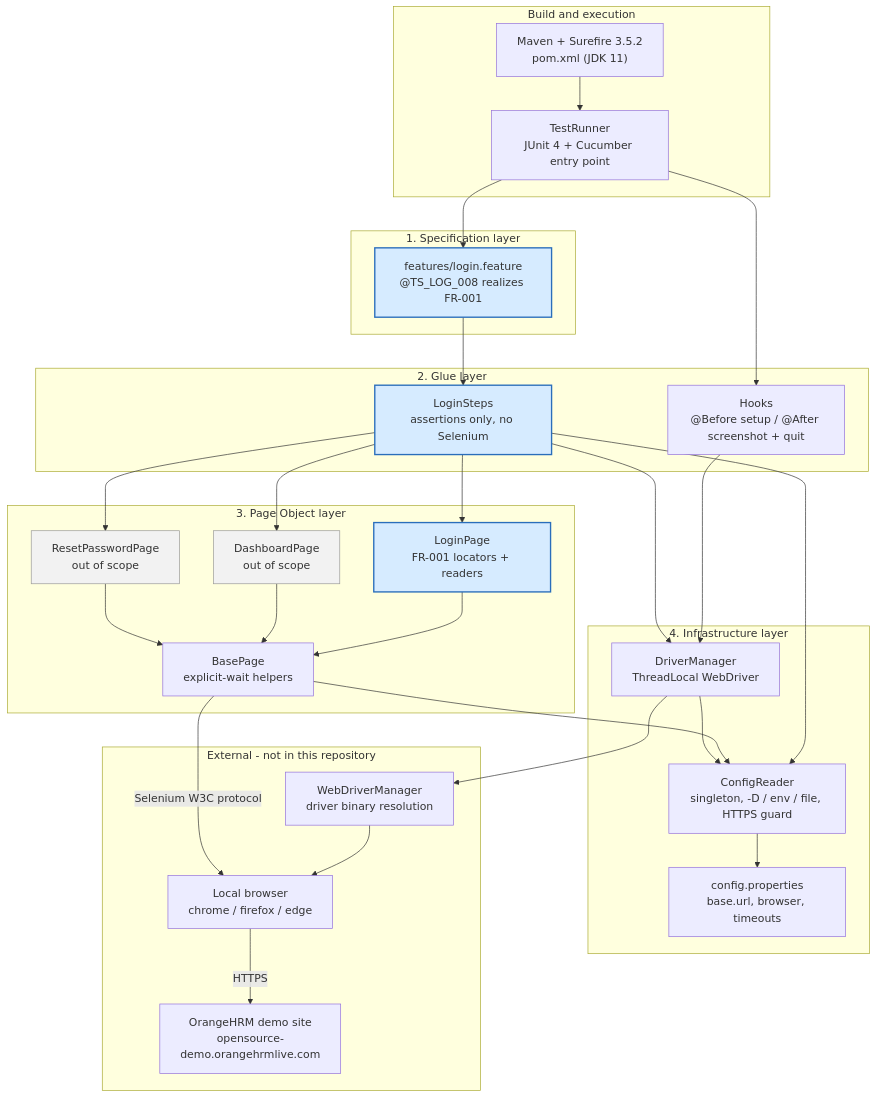
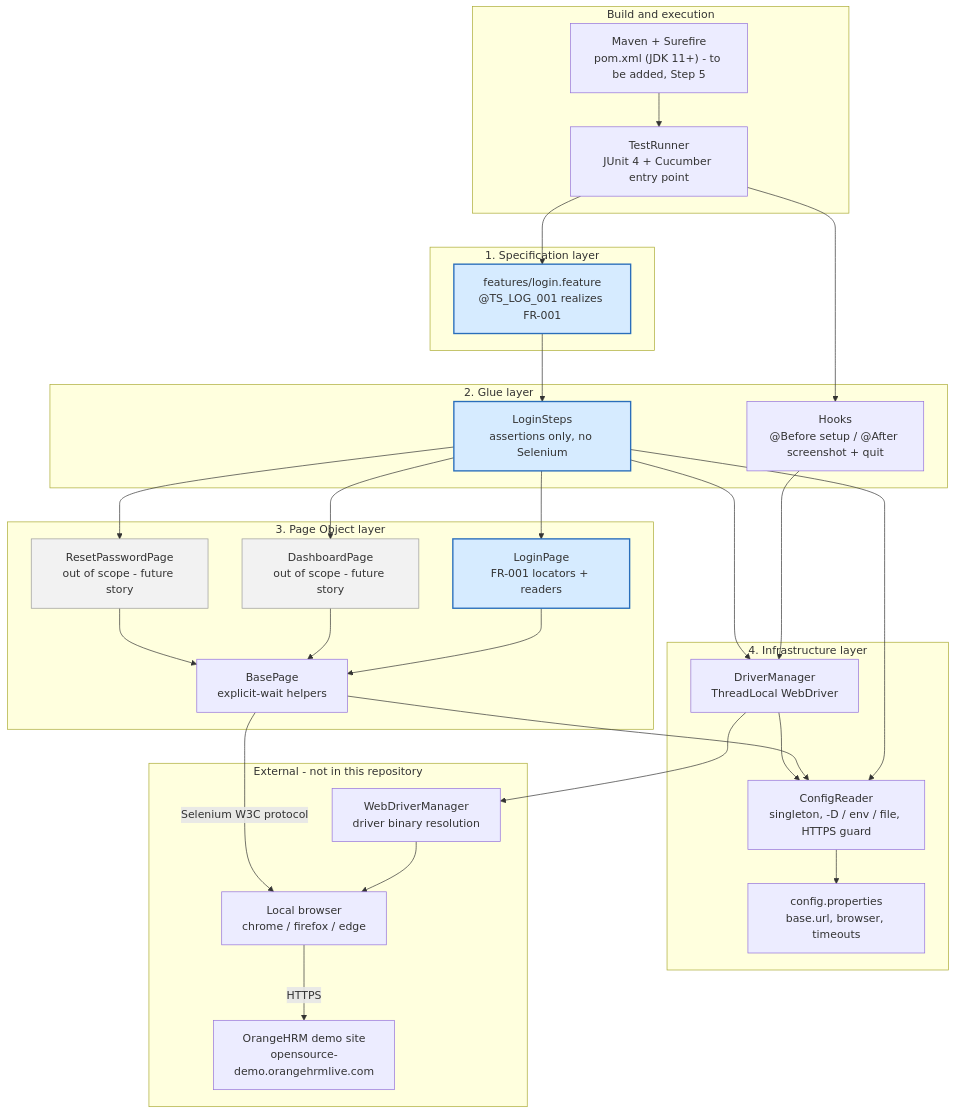
Before and after one commit to guptarame/orangehrm_claude_capstone: the first of 2 diagrams in artifacts/architecture.md, drawn with Mermaid. The commit also changed other lines of this file and 1 other file, not shown here.

First line of the commit message:
docs: re-derive architecture for US-AUTH-001 login page controls (FR-001)

````diff
--- a/artifacts/architecture.md
+++ b/artifacts/architecture.md
@@ -55,61 +58,61 @@
 ```mermaid
 graph TD
     subgraph BUILD["Build and execution"]
-        MVN["Maven + Surefire 3.5.2<br/>pom.xml (JDK 11)"]
+        MVN["Maven + Surefire<br/>pom.xml (JDK 11+) - to be added, Step 5"]
         RUN["TestRunner<br/>JUnit 4 + Cucumber entry point"]
     end
 
     subgraph SPEC["1. Specification layer"]
-        FEAT["features/login.feature<br/>@TS_LOG_008 realizes FR-001"]
+        FEAT["features/login.feature<br/>@TS_LOG_001 realizes FR-001"]
     end
 
     subgraph GLUE["2. Glue layer"]
         STEPS["LoginSteps<br/>assertions only, no Selenium"]
         HOOKS["Hooks<br/>@Before setup / @After screenshot + quit"]
     end
 
     subgraph PAGES["3. Page Object layer"]
         BASE["BasePage<br/>explicit-wait helpers"]
         LOGIN["LoginPage<br/>FR-001 locators + readers"]
-        DASH["DashboardPage<br/>out of scope"]
-        RESET["ResetPasswordPage<br/>out of scope"]
+        DASH["DashboardPage<br/>out of scope - future story"]
+        RESET["ResetPasswordPage<br/>out of scope - future story"]
     end
 
     subgraph INFRA["4. Infrastructure layer"]
         CFG["ConfigReader<br/>singleton, -D / env / file, HTTPS guard"]
         PROPS["config.properties<br/>base.url, browser, timeouts"]
         DRV["DriverManager<br/>ThreadLocal WebDriver"]
     end
 
     subgraph EXT["External - not in this repository"]
         WDM["WebDriverManager<br/>driver binary resolution"]
         BROWSER["Local browser<br/>chrome / firefox / edge"]
         SUT["OrangeHRM demo site<br/>opensource-demo.orangehrmlive.com"]
     end
 
     MVN --> RUN
     RUN --> FEAT
     FEAT --> STEPS
     RUN --> HOOKS
     HOOKS --> DRV
     STEPS --> LOGIN
     STEPS --> DASH
     STEPS --> RESET
     STEPS --> CFG
     STEPS --> DRV
     LOGIN --> BASE
     DASH --> BASE
     RESET --> BASE
     BASE --> CFG
     CFG --> PROPS
     DRV --> CFG
     DRV --> WDM
     WDM --> BROWSER
     BASE -->|"Selenium W3C protocol"| BROWSER
     BROWSER -->|"HTTPS"| SUT
 
     classDef fr001 fill:#d6ebff,stroke:#2a6ebb,stroke-width:2px
     classDef oos fill:#f2f2f2,stroke:#999999
     class FEAT,STEPS,LOGIN fr001
     class DASH,RESET oos
 ```
````
